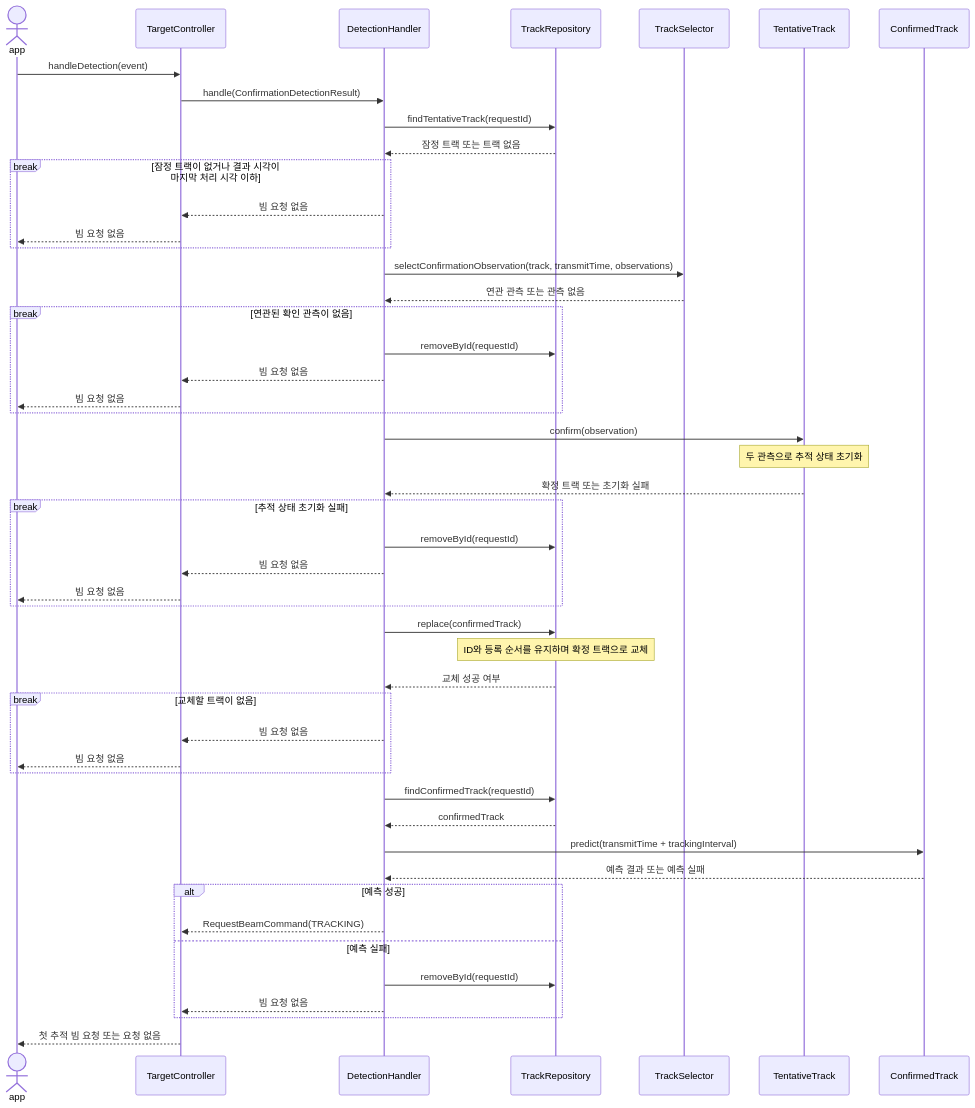
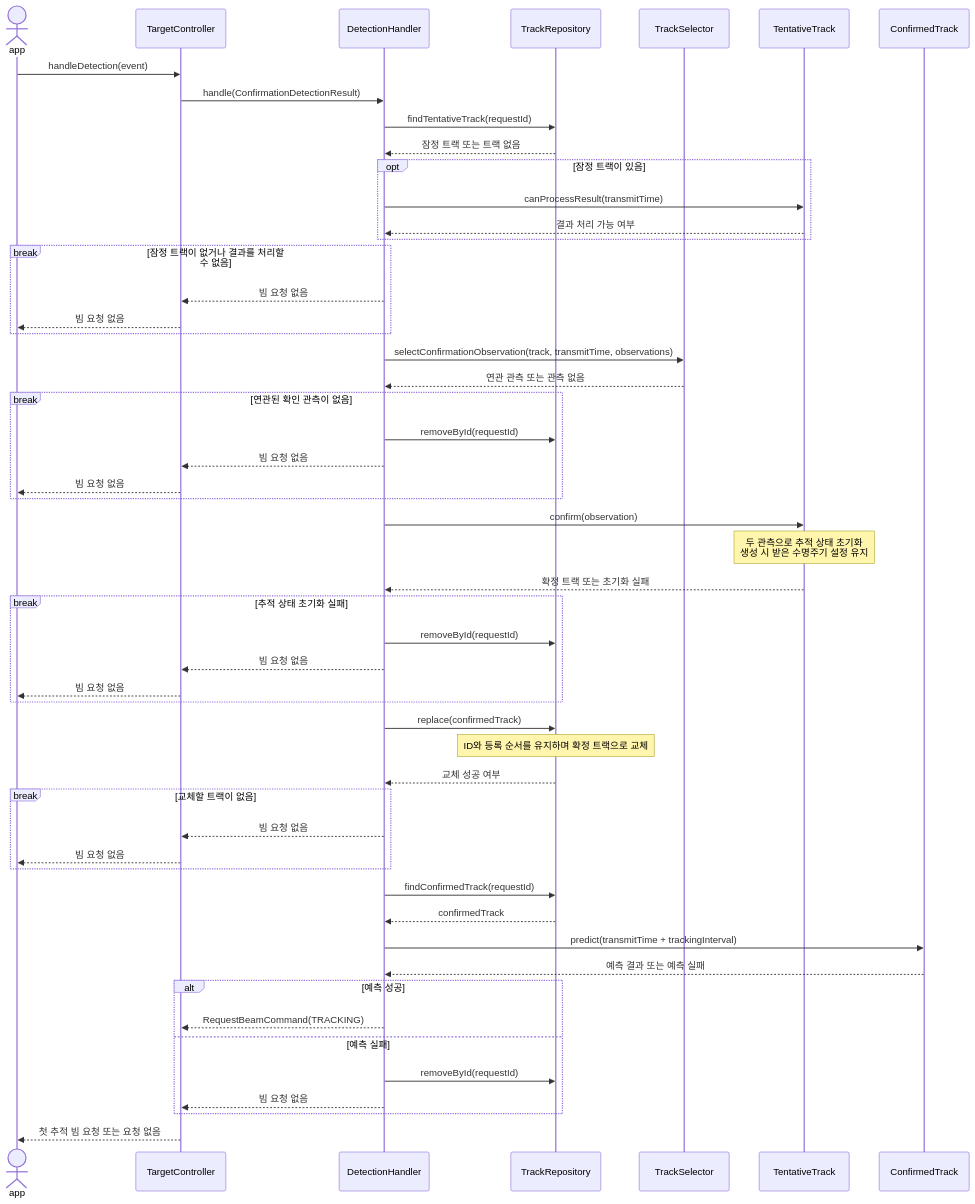
Before and after one commit to AESAlien/aesa-processor: the fifth of 8 diagrams in src/target/README.md, drawn with Mermaid. The commit also changed other lines of this file and 40 other files, not shown here.

````diff
--- a/src/target/README.md
+++ b/src/target/README.md
@@ -155,56 +155,60 @@
 ```mermaid
 sequenceDiagram
     actor app
     participant TargetController
     participant DetectionHandler
     participant TrackRepository
     participant TrackSelector
     participant TentativeTrack
     participant ConfirmedTrack
 
     app->>TargetController: handleDetection(event)
     TargetController->>DetectionHandler: handle(ConfirmationDetectionResult)
     DetectionHandler->>TrackRepository: findTentativeTrack(requestId)
     TrackRepository-->>DetectionHandler: 잠정 트랙 또는 트랙 없음
-    break 잠정 트랙이 없거나 결과 시각이 마지막 처리 시각 이하
+    opt 잠정 트랙이 있음
+        DetectionHandler->>TentativeTrack: canProcessResult(transmitTime)
+        TentativeTrack-->>DetectionHandler: 결과 처리 가능 여부
+    end
+    break 잠정 트랙이 없거나 결과를 처리할 수 없음
         DetectionHandler-->>TargetController: 빔 요청 없음
         TargetController-->>app: 빔 요청 없음
     end
 
     DetectionHandler->>TrackSelector: selectConfirmationObservation(track, transmitTime, observations)
     TrackSelector-->>DetectionHandler: 연관 관측 또는 관측 없음
     break 연관된 확인 관측이 없음
         DetectionHandler->>TrackRepository: removeById(requestId)
         DetectionHandler-->>TargetController: 빔 요청 없음
         TargetController-->>app: 빔 요청 없음
     end
 
     DetectionHandler->>TentativeTrack: confirm(observation)
-    Note over TentativeTrack: 두 관측으로 추적 상태 초기화
+    Note over TentativeTrack: 두 관측으로 추적 상태 초기화<br/>생성 시 받은 수명주기 설정 유지
     TentativeTrack-->>DetectionHandler: 확정 트랙 또는 초기화 실패
     break 추적 상태 초기화 실패
         DetectionHandler->>TrackRepository: removeById(requestId)
         DetectionHandler-->>TargetController: 빔 요청 없음
         TargetController-->>app: 빔 요청 없음
     end
 
     DetectionHandler->>TrackRepository: replace(confirmedTrack)
     Note over TrackRepository: ID와 등록 순서를 유지하며 확정 트랙으로 교체
     TrackRepository-->>DetectionHandler: 교체 성공 여부
     break 교체할 트랙이 없음
         DetectionHandler-->>TargetController: 빔 요청 없음
         TargetController-->>app: 빔 요청 없음
     end
 
     DetectionHandler->>TrackRepository: findConfirmedTrack(requestId)
     TrackRepository-->>DetectionHandler: confirmedTrack
     DetectionHandler->>ConfirmedTrack: predict(transmitTime + trackingInterval)
     ConfirmedTrack-->>DetectionHandler: 예측 결과 또는 예측 실패
     alt 예측 성공
         DetectionHandler-->>TargetController: RequestBeamCommand(TRACKING)
     else 예측 실패
         DetectionHandler->>TrackRepository: removeById(requestId)
         DetectionHandler-->>TargetController: 빔 요청 없음
     end
     TargetController-->>app: 첫 추적 빔 요청 또는 요청 없음
 ```
````
